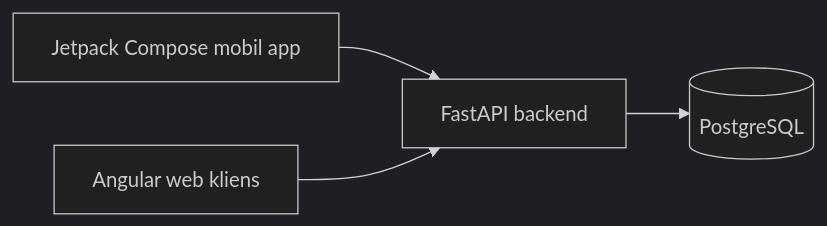
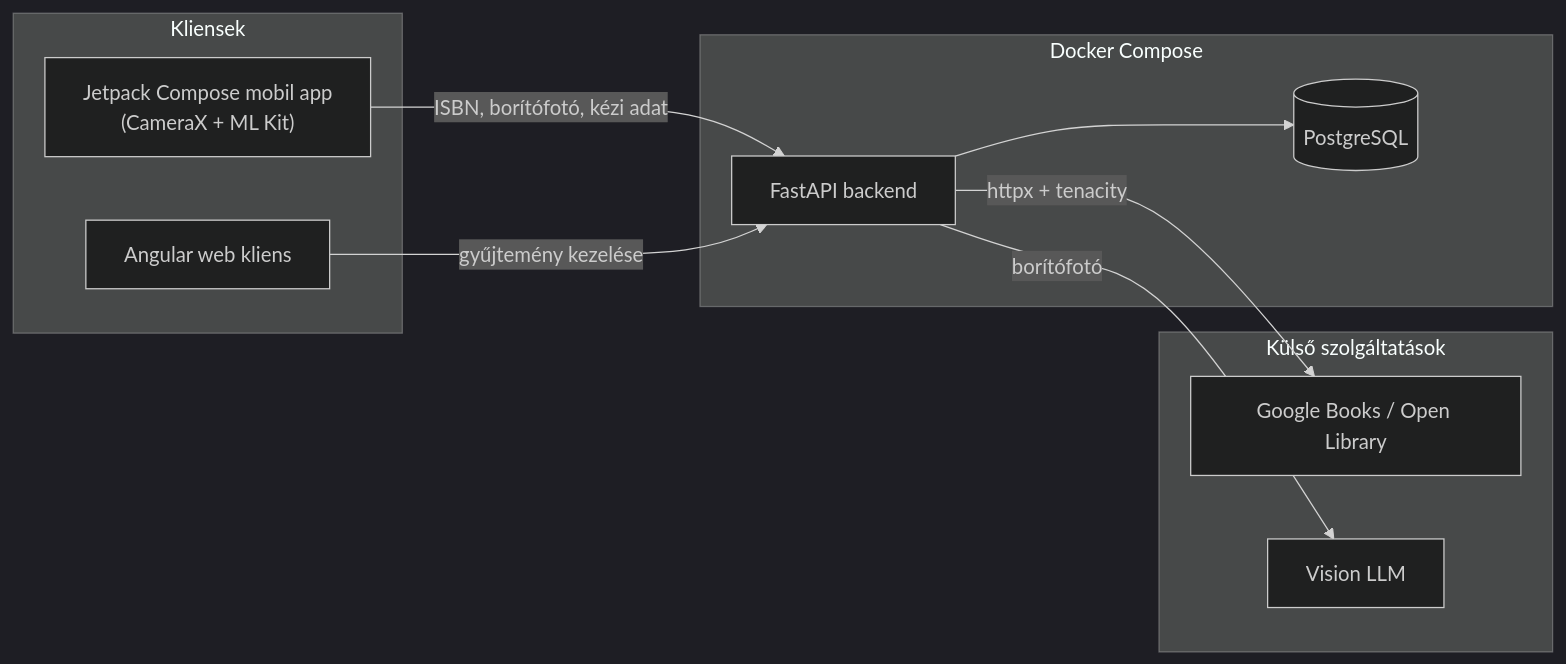
Before and after one commit to matehth/project-course: the diagram in 00-project/02-specification.md, drawn with Mermaid (dark theme). The commit also changed other lines of this file, not shown here.

Commit message:
expand tech stack in specification

````diff
--- a/00-project/02-specification.md
+++ b/00-project/02-specification.md
@@ -111,6 +115,23 @@
 ```mermaid
 flowchart LR
-  M[Jetpack Compose mobil app] --> F[FastAPI backend]
-  W[Angular web kliens] --> F
-  F --> D[(PostgreSQL)]
+  subgraph Kliensek
+    M["Jetpack Compose mobil app<br/>(CameraX + ML Kit)"]
+    W["Angular web kliens"]
+  end
+
+  subgraph Docker Compose
+    F["FastAPI backend"]
+    D[("PostgreSQL")]
+  end
+
+  subgraph Külső szolgáltatások
+    B["Google Books / Open Library"]
+    L["Vision LLM"]
+  end
+
+  M -->|"ISBN, borítófotó, kézi adat"| F
+  W -->|"gyűjtemény kezelése"| F
+  F --> D
+  F -->|"httpx + tenacity"| B
+  F -->|"borítófotó"| L
 ```
````
